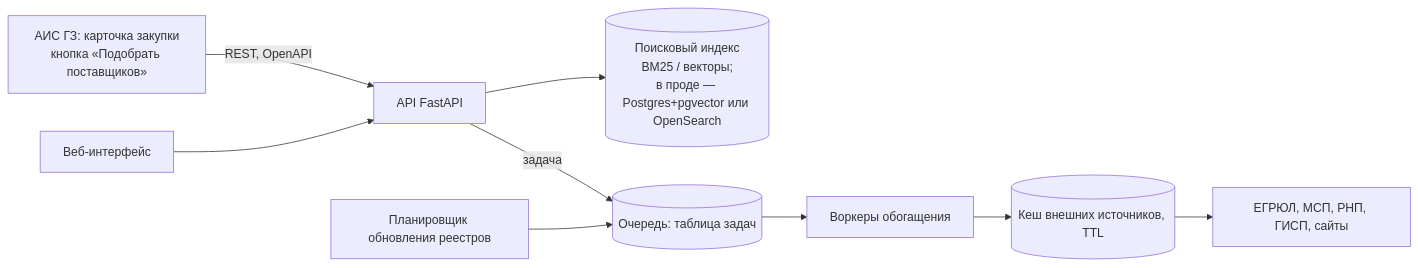
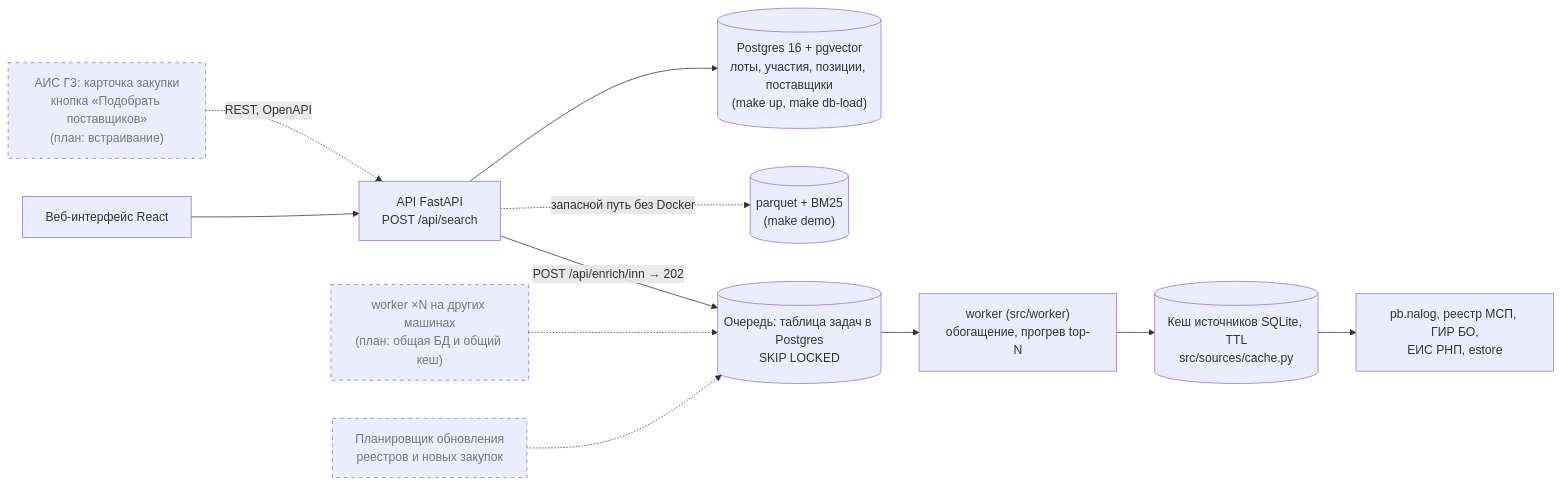
One commit to Chichetin/rlt-hackathonchik changed the diagram in pitch/architecture.md. Above: the diagram before and after it, drawn with Mermaid. The commit also changed other lines of this file, not shown here.

Commit message:
pitch: схема архитектуры (работает / план), замер latency parquet, оценка обогащения всей базы (#23)

````diff
--- a/pitch/architecture.md
+++ b/pitch/architecture.md
@@ -8,11 +10,14 @@
 ```mermaid
 flowchart LR
-  AIS["АИС ГЗ: карточка закупки\nкнопка «Подобрать поставщиков»"] -->|REST, OpenAPI| API[API FastAPI]
-  UI[Веб-интерфейс] --> API
-  API --> IDX[(Поисковый индекс\nBM25 / векторы;\nв проде — Postgres+pgvector или OpenSearch)]
-  API -->|задача| Q[(Очередь: таблица задач)]
-  Q --> W[Воркеры обогащения]
-  W --> C[(Кеш внешних источников, TTL)]
-  C --> SRC[ЕГРЮЛ, МСП, РНП, ГИСП, сайты]
-  SCHED[Планировщик обновления реестров] --> Q
+  AIS["АИС ГЗ: карточка закупки\nкнопка «Подобрать поставщиков»\n(план: встраивание)"]:::plan -.->|REST, OpenAPI| API
+  UI[Веб-интерфейс React] --> API[API FastAPI\nPOST /api/search]
+  API --> STORE[("Postgres 16 + pgvector\nлоты, участия, позиции, поставщики\n(make up, make db-load)")]
+  API -.->|запасной путь без Docker| PQ[("parquet + BM25\n(make demo)")]
+  API -->|POST /api/enrich/inn → 202| Q[("Очередь: таблица задач в Postgres\nSKIP LOCKED")]
+  Q --> W["worker (src/worker)\nобогащение, прогрев top-N"]
+  W --> C[("Кеш источников SQLite, TTL\nsrc/sources/cache.py")]
+  C --> SRC["pb.nalog, реестр МСП, ГИР БО,\nЕИС РНП, estore"]
+  W2["worker ×N на других машинах\n(план: общая БД и общий кеш)"]:::plan -.-> Q
+  SCHED["Планировщик обновления\nреестров и новых закупок"]:::plan -.-> Q
+  classDef plan stroke-dasharray: 5 5,color:#777
 ```
````
